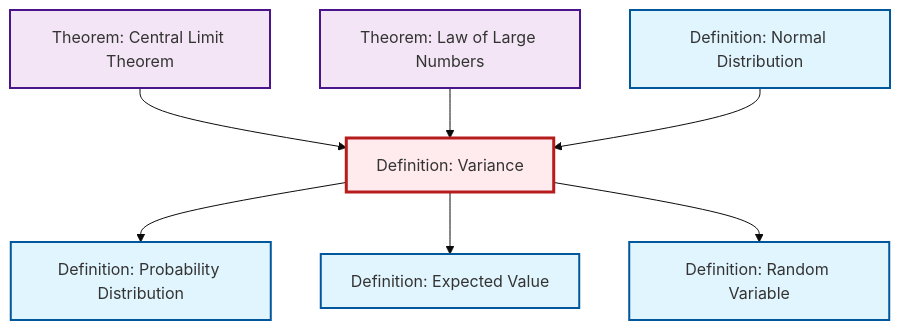
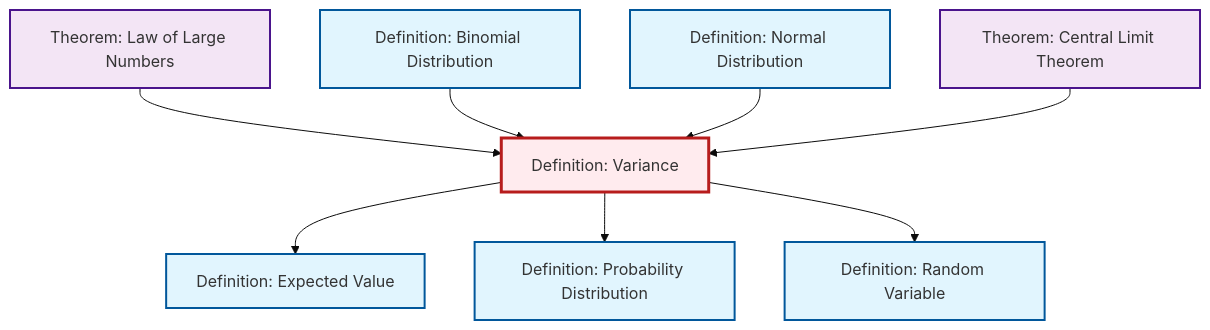
The second of 2 diagrams in content/en/probability-statistics/def-variance.qmd (RK0429/ModernMath), drawn with Mermaid (base theme) before and after one commit. The commit also changed 654 other files, not shown here.

````diff
--- a/content/en/probability-statistics/def-variance.qmd
+++ b/content/en/probability-statistics/def-variance.qmd
@@ -102,29 +102,32 @@
 ```{mermaid}
 %%| fig-cap: "Local dependency graph"
 graph TD
     classDef definition fill:#e1f5fe,stroke:#01579b,stroke-width:2px
     classDef theorem fill:#f3e5f5,stroke:#4a148c,stroke-width:2px
     classDef axiom fill:#fff3e0,stroke:#e65100,stroke-width:2px
     classDef example fill:#e8f5e9,stroke:#1b5e20,stroke-width:2px
     classDef current fill:#ffebee,stroke:#b71c1c,stroke-width:3px
-    thm-central-limit["Theorem: Central Limit Theorem"]:::theorem
     def-expectation["Definition: Expected Value"]:::definition
+    def-binomial-distribution["Definition: Binomial Distribution"]:::definition
+    thm-law-of-large-numbers["Theorem: Law of Large Numbers"]:::theorem
     def-variance["Definition: Variance"]:::definition
     def-probability-distribution["Definition: Probability Distribution"]:::definition
     def-normal-distribution["Definition: Normal Distribution"]:::definition
-    thm-law-of-large-numbers["Theorem: Law of Large Numbers"]:::theorem
     def-random-variable["Definition: Random Variable"]:::definition
+    thm-central-limit["Theorem: Central Limit Theorem"]:::theorem
+    def-variance --> def-expectation
+    thm-law-of-large-numbers --> def-variance
+    def-binomial-distribution --> def-variance
     def-variance --> def-probability-distribution
-    def-variance --> def-expectation
+    def-normal-distribution --> def-variance
     thm-central-limit --> def-variance
-    thm-law-of-large-numbers --> def-variance
-    def-normal-distribution --> def-variance
     def-variance --> def-random-variable
     class def-variance current
-    click thm-central-limit "thm-central-limit.html" "Go to Central Limit Theorem theorem"
     click def-expectation "def-expectation.html" "Go to Expected Value definition"
+    click def-binomial-distribution "def-binomial-distribution.html" "Go to Binomial Distribution definition"
+    click thm-law-of-large-numbers "thm-law-of-large-numbers.html" "Go to Law of Large Numbers theorem"
     click def-probability-distribution "def-probability-distribution.html" "Go to Probability Distribution definition"
     click def-normal-distribution "def-normal-distribution.html" "Go to Normal Distribution definition"
-    click thm-law-of-large-numbers "thm-law-of-large-numbers.html" "Go to Law of Large Numbers theorem"
     click def-random-variable "def-random-variable.html" "Go to Random Variable definition"
+    click thm-central-limit "thm-central-limit.html" "Go to Central Limit Theorem theorem"
 ```
````
